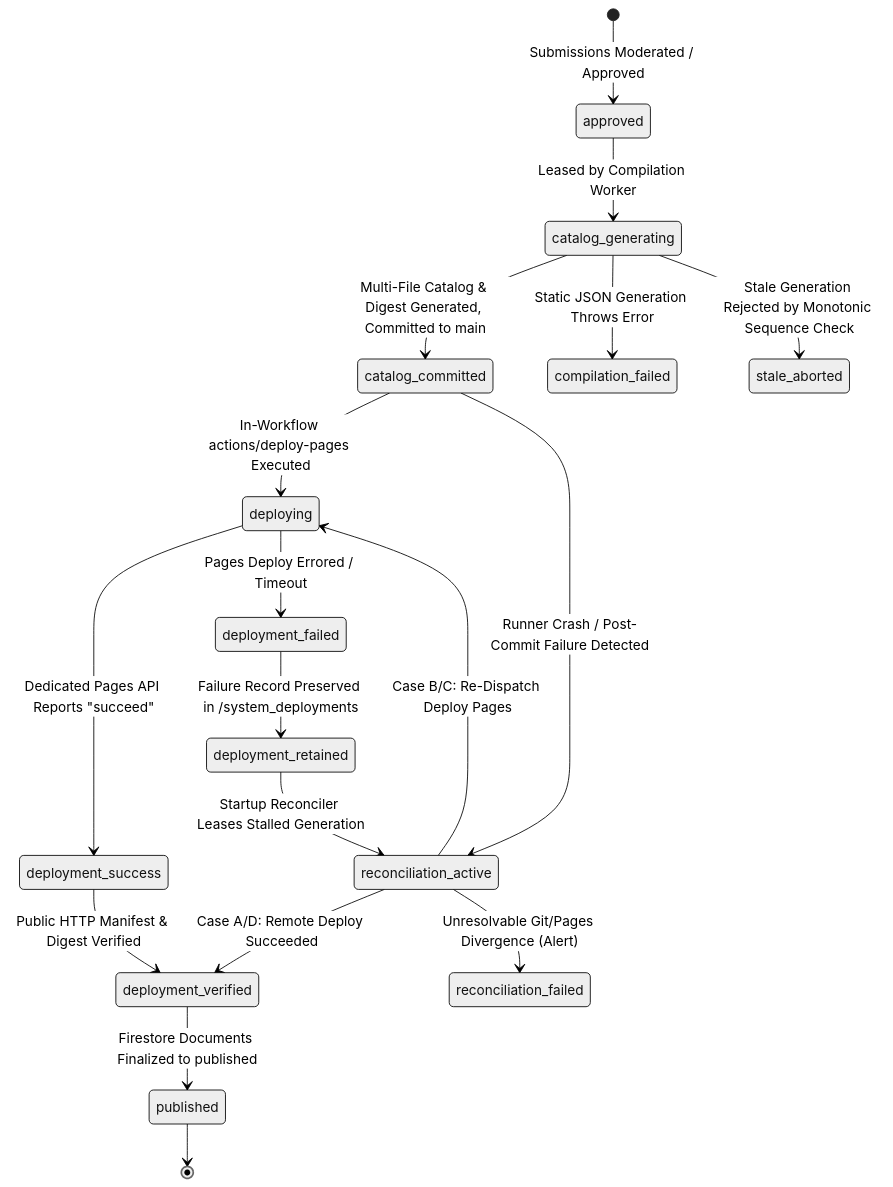
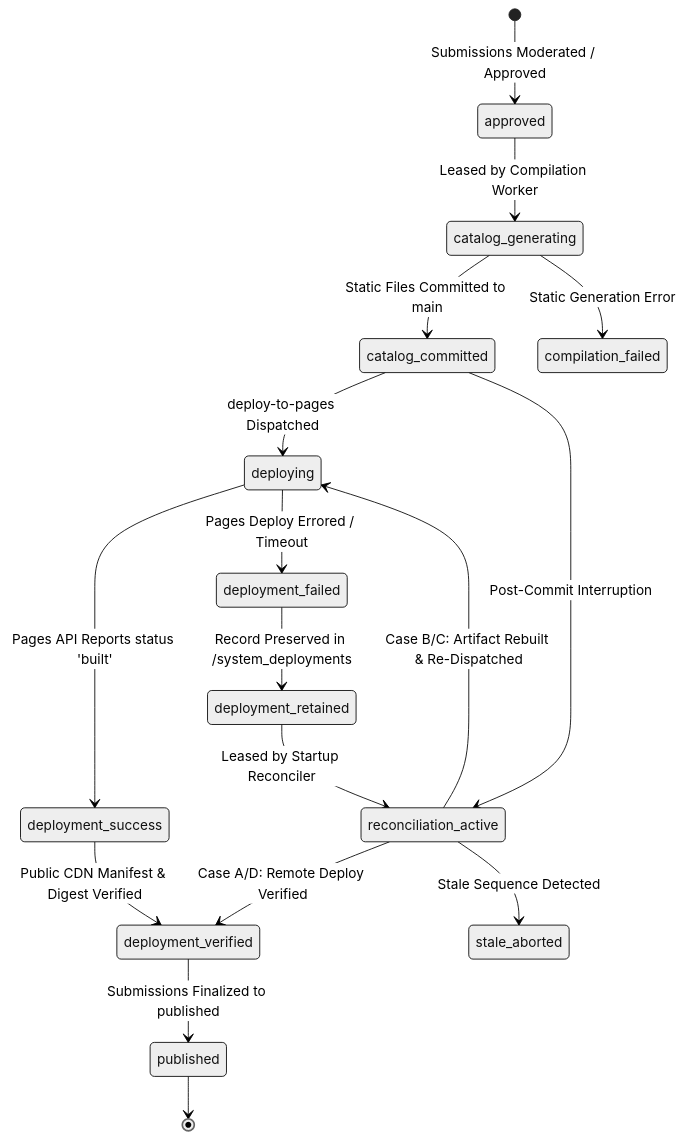
Before and after one commit to Rohitpvt/GitStore: the second of 3 diagrams in docs/ARCHITECTURE.md, drawn with Mermaid (neutral theme). The commit also changed other lines of this file and 13 other files, not shown here.

Commit message:
chore(phase-0.1.6): step-up proof integrity, firestore rules and deployment reconciliation audit

````diff
--- a/docs/ARCHITECTURE.md
+++ b/docs/ARCHITECTURE.md
@@ -359,24 +233,21 @@
 ```mermaid
 stateDiagram-v2
     [*] --> approved: Submissions Moderated / Approved
     approved --> catalog_generating: Leased by Compilation Worker
-    catalog_generating --> catalog_committed: Multi-File Catalog & Digest Generated, Committed to main
-    catalog_committed --> deploying: In-Workflow actions/deploy-pages Executed
-    deploying --> deployment_success: Dedicated Pages API Reports "succeed"
-    deployment_success --> deployment_verified: Public HTTP Manifest & Digest Verified
-    deployment_verified --> published: Firestore Documents Finalized to published
+    catalog_generating --> catalog_committed: Static Files Committed to main
+    catalog_committed --> deploying: deploy-to-pages Dispatched
+    deploying --> deployment_success: Pages API Reports status 'built'
+    deployment_success --> deployment_verified: Public CDN Manifest & Digest Verified
+    deployment_verified --> published: Submissions Finalized to published
     
-    %% Failure & Recovery Paths
-    catalog_generating --> compilation_failed: Static JSON Generation Throws Error
-    catalog_committed --> reconciliation_active: Runner Crash / Post-Commit Failure Detected
+    %% Failure & Recovery Transitions
+    catalog_generating --> compilation_failed: Static Generation Error
+    catalog_committed --> reconciliation_active: Post-Commit Interruption
     deploying --> deployment_failed: Pages Deploy Errored / Timeout
-    deployment_failed --> deployment_retained: Failure Record Preserved in /system_deployments
-    deployment_retained --> reconciliation_active: Startup Reconciler Leases Stalled Generation
-    reconciliation_active --> deployment_verified: Case A/D: Remote Deploy Succeeded
-    reconciliation_active --> deploying: Case B/C: Re-Dispatch Deploy Pages
-    reconciliation_active --> reconciliation_failed: Unresolvable Git/Pages Divergence (Alert)
-    
-    %% Stale Handling
-    catalog_generating --> stale_aborted: Stale Generation Rejected by Monotonic Sequence Check
+    deployment_failed --> deployment_retained: Record Preserved in /system_deployments
+    deployment_retained --> reconciliation_active: Leased by Startup Reconciler
+    reconciliation_active --> deployment_verified: Case A/D: Remote Deploy Verified
+    reconciliation_active --> deploying: Case B/C: Artifact Rebuilt & Re-Dispatched
+    reconciliation_active --> stale_aborted: Stale Sequence Detected
     published --> [*]
 ```
````
